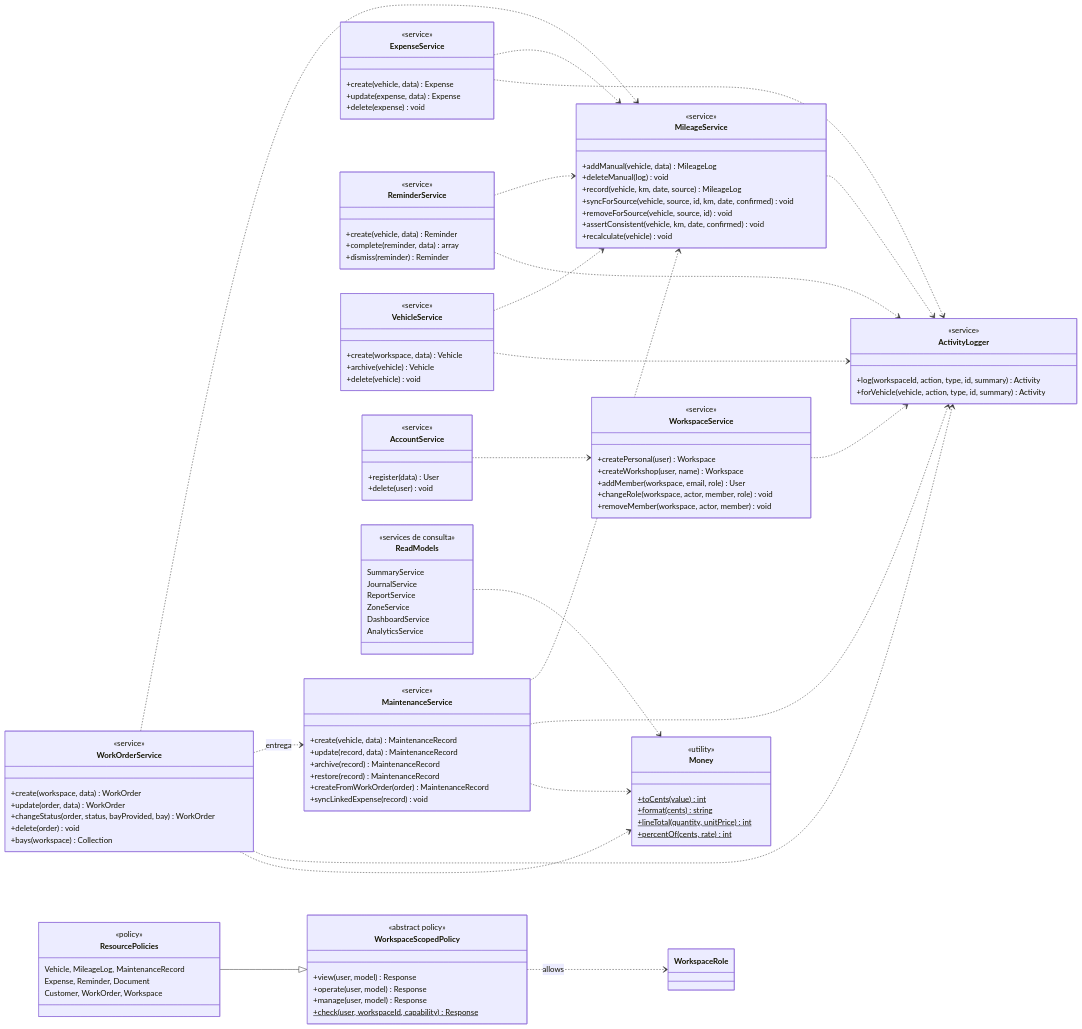
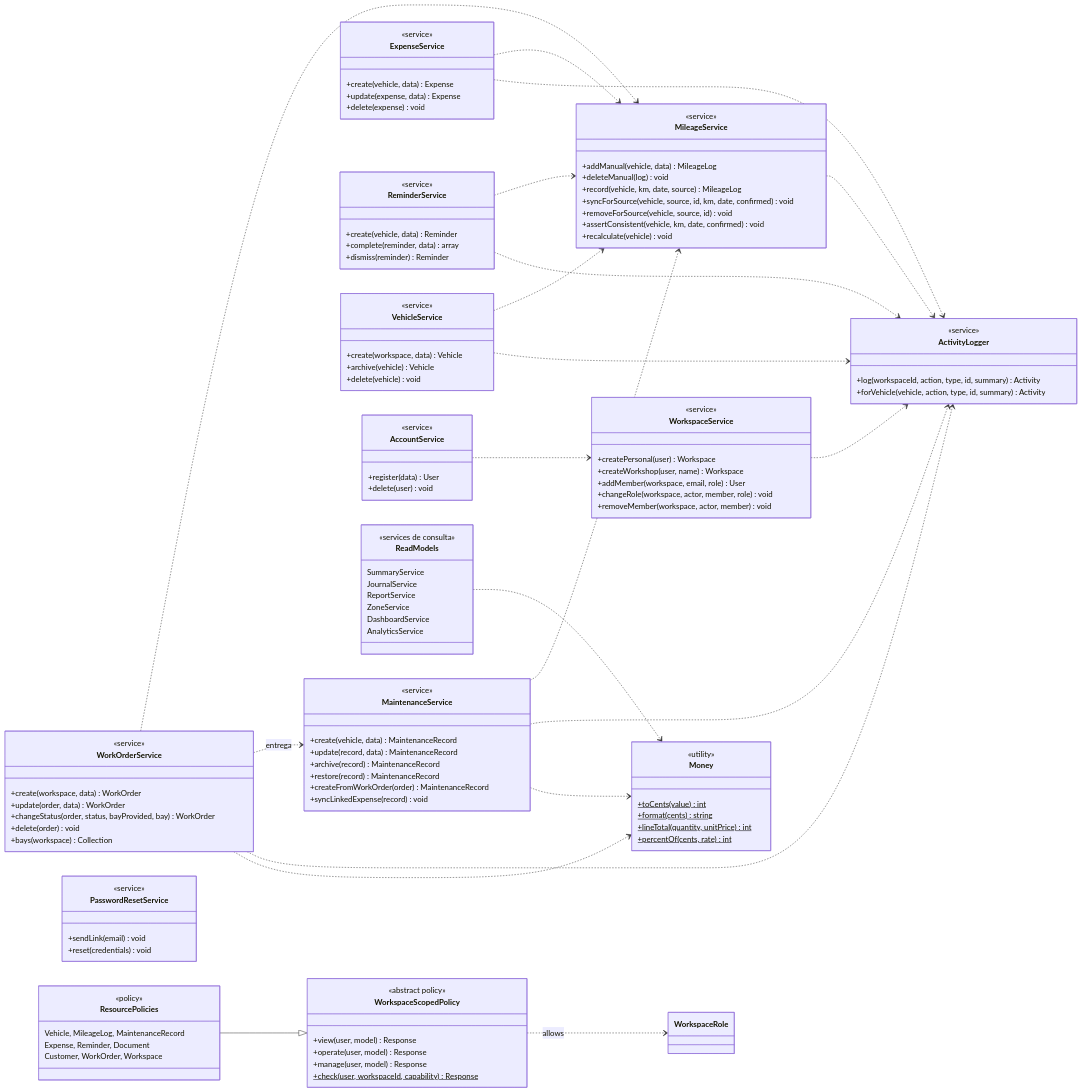
One commit to albertomanana/carcare changed the fifth of 13 diagrams in docs/tfg/memoria/06-diseno.md. Above: the diagram before and after it, drawn with Mermaid. The commit also changed other lines of this file and 18 other files, not shown here.

```diff
--- a/docs/tfg/memoria/06-diseno.md
+++ b/docs/tfg/memoria/06-diseno.md
@@ -611,6 +628,11 @@
     +register(data) User
     +delete(user) void
   }
+  class PasswordResetService {
+    <<service>>
+    +sendLink(email) void
+    +reset(credentials) void
+  }
   class ActivityLogger {
     <<service>>
     +log(workspaceId, action, type, id, summary) Activity
```
